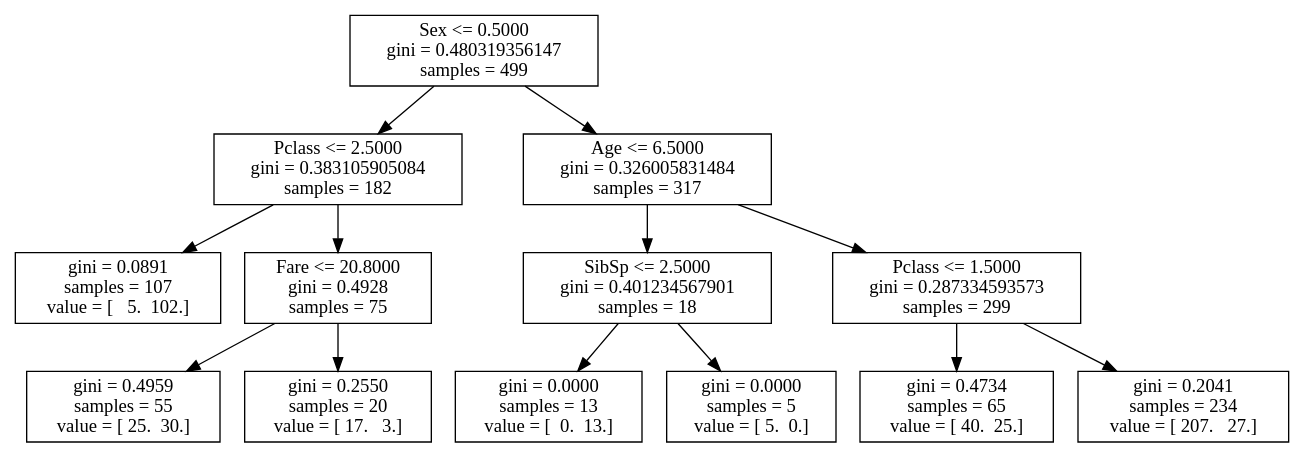
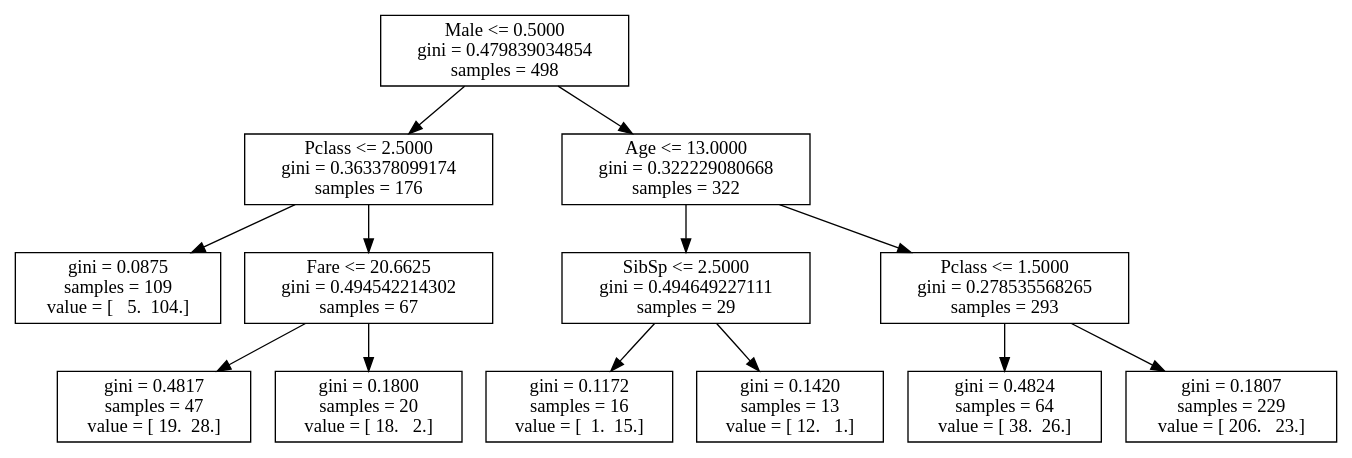
The diagram in images/tree.dot (chrisdaly/Titanic-Analysis), drawn with Graphviz before and after one commit. The commit also changed 1 other file, not shown here.

```diff
--- a/images/tree.dot
+++ b/images/tree.dot
@@ -1,27 +1,27 @@
 digraph Tree {
-0 [label="Sex <= 0.5000\ngini = 0.480319356147\nsamples = 499", shape="box"] ;
-1 [label="Pclass <= 2.5000\ngini = 0.383105905084\nsamples = 182", shape="box"] ;
+0 [label="Male <= 0.5000\ngini = 0.479839034854\nsamples = 498", shape="box"] ;
+1 [label="Pclass <= 2.5000\ngini = 0.363378099174\nsamples = 176", shape="box"] ;
 0 -> 1 ;
-3 [label="gini = 0.0891\nsamples = 107\nvalue = [   5.  102.]", shape="box"] ;
+3 [label="gini = 0.0875\nsamples = 109\nvalue = [   5.  104.]", shape="box"] ;
 1 -> 3 ;
-4 [label="Fare <= 20.8000\ngini = 0.4928\nsamples = 75", shape="box"] ;
+4 [label="Fare <= 20.6625\ngini = 0.494542214302\nsamples = 67", shape="box"] ;
 1 -> 4 ;
-11 [label="gini = 0.4959\nsamples = 55\nvalue = [ 25.  30.]", shape="box"] ;
+11 [label="gini = 0.4817\nsamples = 47\nvalue = [ 19.  28.]", shape="box"] ;
 4 -> 11 ;
-12 [label="gini = 0.2550\nsamples = 20\nvalue = [ 17.   3.]", shape="box"] ;
+12 [label="gini = 0.1800\nsamples = 20\nvalue = [ 18.   2.]", shape="box"] ;
 4 -> 12 ;
-2 [label="Age <= 6.5000\ngini = 0.326005831484\nsamples = 317", shape="box"] ;
+2 [label="Age <= 13.0000\ngini = 0.322229080668\nsamples = 322", shape="box"] ;
 0 -> 2 ;
-5 [label="SibSp <= 2.5000\ngini = 0.401234567901\nsamples = 18", shape="box"] ;
+5 [label="SibSp <= 2.5000\ngini = 0.494649227111\nsamples = 29", shape="box"] ;
 2 -> 5 ;
-9 [label="gini = 0.0000\nsamples = 13\nvalue = [  0.  13.]", shape="box"] ;
-5 -> 9 ;
-10 [label="gini = 0.0000\nsamples = 5\nvalue = [ 5.  0.]", shape="box"] ;
-5 -> 10 ;
-6 [label="Pclass <= 1.5000\ngini = 0.287334593573\nsamples = 299", shape="box"] ;
+7 [label="gini = 0.1172\nsamples = 16\nvalue = [  1.  15.]", shape="box"] ;
+5 -> 7 ;
+8 [label="gini = 0.1420\nsamples = 13\nvalue = [ 12.   1.]", shape="box"] ;
+5 -> 8 ;
+6 [label="Pclass <= 1.5000\ngini = 0.278535568265\nsamples = 293", shape="box"] ;
 2 -> 6 ;
-7 [label="gini = 0.4734\nsamples = 65\nvalue = [ 40.  25.]", shape="box"] ;
-6 -> 7 ;
-8 [label="gini = 0.2041\nsamples = 234\nvalue = [ 207.   27.]", shape="box"] ;
-6 -> 8 ;
+9 [label="gini = 0.4824\nsamples = 64\nvalue = [ 38.  26.]", shape="box"] ;
+6 -> 9 ;
+10 [label="gini = 0.1807\nsamples = 229\nvalue = [ 206.   23.]", shape="box"] ;
+6 -> 10 ;
 }
```
